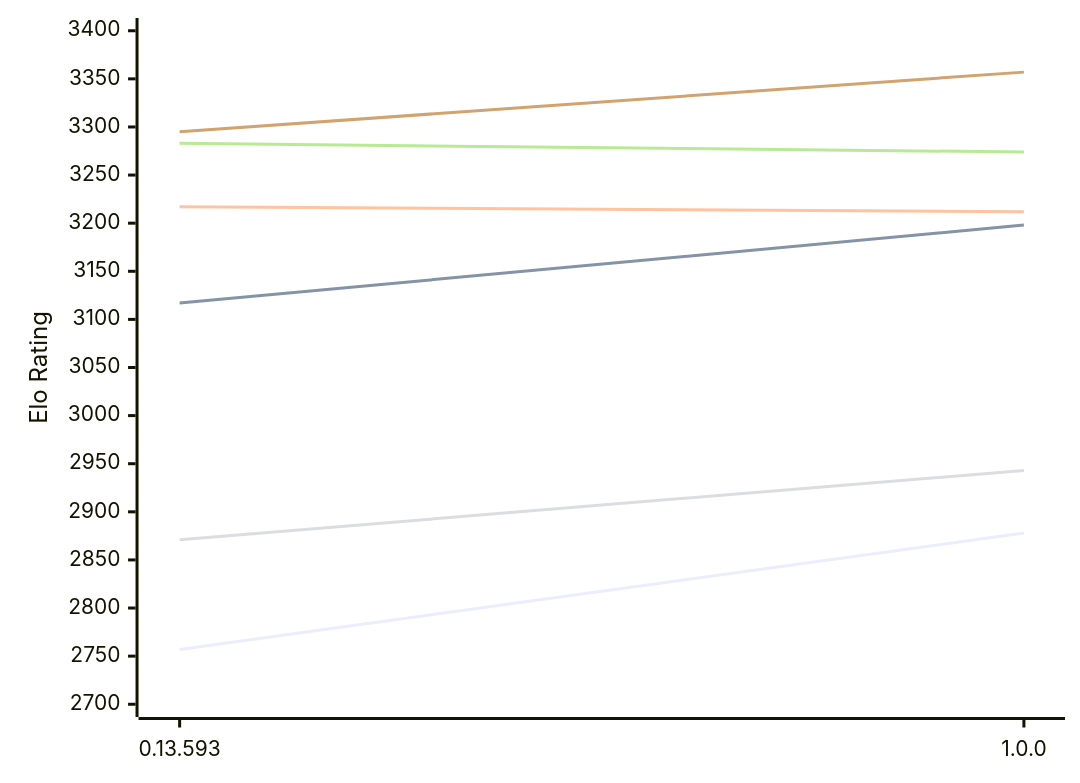
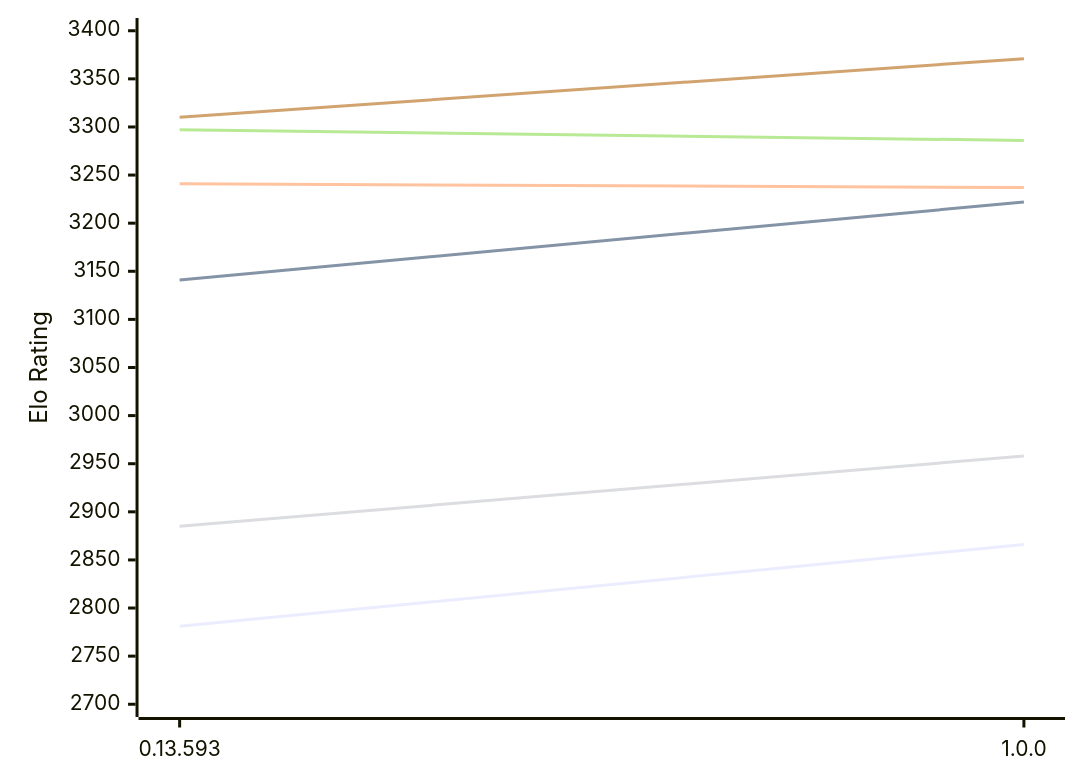
One commit to computer-chess-index/cci changed the diagram in engines/Pawnstar.md. Above: the diagram before and after it, drawn with Mermaid. The commit also changed other lines of this file, not shown here.

Commit message:
Update CCI Ratings (ELO VLTC) - 2026-10-24

````diff
--- a/engines/Pawnstar.md
+++ b/engines/Pawnstar.md
@@ -49,12 +49,12 @@
 ```mermaid
 %%{init: {"theme":"base","themeVariables":{"seriesColors:['#a3a3a3','#222221','#faa371']}}}%%
 xychart-beta
   x-axis ["0.13.593", "1.0.0"]
   y-axis "Elo Rating" 2700 --> 3400
-  line "E1: STC (8.0+0.08s)" [2757, 2878]
-  line "E1: LTC (60.0+0.60s)" [3117, 3198]
-  line "E1: VLTC (2m24s+1.12s)" [3217, 3212]
-  line "P1: STC (8.0+0.08s)" [2871, 2943]
-  line "P1: LTC (60.0+0.60s)" [3283, 3274]
-  line "P1: VLTC (2m24s+1.12s)" [3295, 3357]
+  line "E1: STC (8.0+0.08s)" [2781, 2866]
+  line "E1: LTC (60.0+0.60s)" [3141, 3222]
+  line "E1: VLTC (2m24s+1.12s)" [3241, 3237]
+  line "P1: STC (8.0+0.08s)" [2885, 2958]
+  line "P1: LTC (60.0+0.60s)" [3297, 3286]
+  line "P1: VLTC (2m24s+1.12s)" [3310, 3371]
 ```
````
